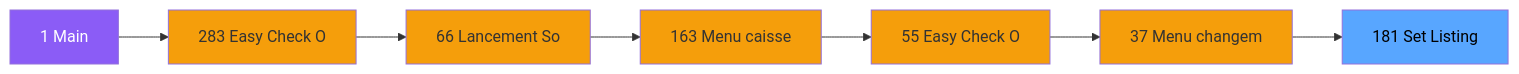
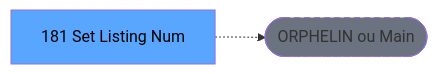
The second of 3 diagrams in .openspec/renders/ADH-IDE-181.md (thonyAGP/lecteur-magic), drawn with Mermaid before and after one commit. The commit also changed other lines of this file and 701 other files, not shown here.

````diff
--- a/.openspec/renders/ADH-IDE-181.md
+++ b/.openspec/renders/ADH-IDE-181.md
@@ -109,23 +117,8 @@
 ```mermaid
 graph LR
-    M[1 Main]
-    N283[283 Easy Check O]
-    N66[66 Lancement So]
-    N163[163 Menu caisse ]
-    N55[55 Easy Check O]
-    N37[37 Menu changem]
-    T[181 Set Listing ]
-    M --> N283
-    N283 --> N66
-    N66 --> N163
-    N163 --> N55
-    N55 --> N37
-    N37 --> T
-    style M fill:#8b5cf6,color:#fff
-    style N283 fill:#f59e0b
-    style N66 fill:#f59e0b
-    style N163 fill:#f59e0b
-    style N55 fill:#f59e0b
-    style N37 fill:#f59e0b
+    T[181 Set Listing Num]
+    ORPHAN([ORPHELIN ou Main])
+    T -.-> ORPHAN
     style T fill:#58a6ff,color:#000
+    style ORPHAN fill:#6b7280,stroke-dasharray: 5 5
 ```
````
